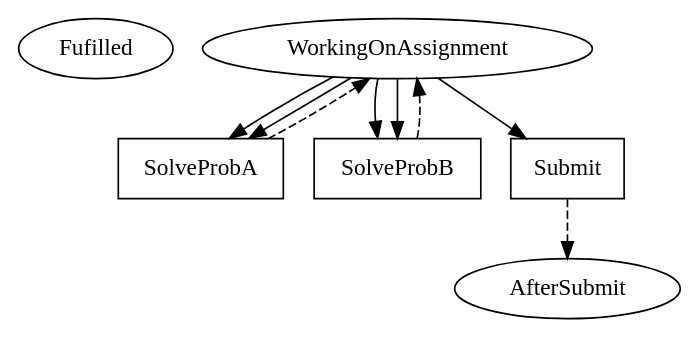
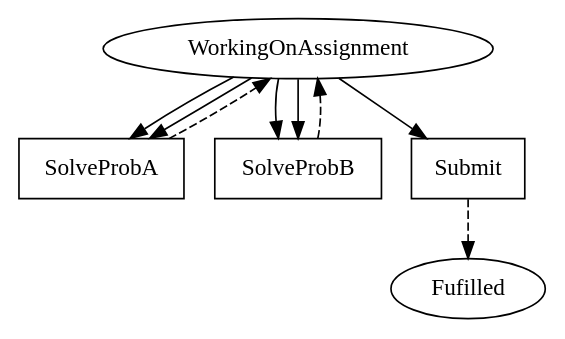
The diagram in linear_state_machine_language/pyL4/examples_graphviz_out/toy_and_teaching/partner_assignment_relievable_obligations.dot (Marcao02/complaw-deeptech), drawn with Graphviz before and after one commit. The commit also changed 37 other files, not shown here.

```diff
--- a/linear_state_machine_language/pyL4/examples_graphviz_out/toy_and_teaching/partner_assignment_relievable_obligations.dot
+++ b/linear_state_machine_language/pyL4/examples_graphviz_out/toy_and_teaching/partner_assignment_relievable_obligations.dot
@@ -1,26 +1,26 @@
 // THIS IS A GENERATED FILE. DO NOT EDIT.
 
 digraph partner_assignment_demonstrating_relievable_obligations {    
     Fulfilled[label=Fufilled];
     WorkingOnAssignment[label=WorkingOnAssignment]
     
      
     SolveProbA[label=SolveProbA,shape=box];
 	SolveProbB[label=SolveProbB,shape=box];
 	Submit[label=Submit,shape=box]    
     
     
     
     WorkingOnAssignment -> SolveProbA;
 	WorkingOnAssignment -> SolveProbB;
 	WorkingOnAssignment -> Submit;
 	WorkingOnAssignment -> SolveProbB;
 	WorkingOnAssignment -> SolveProbA
     
     SolveProbA -> WorkingOnAssignment [style=dashed];
 	SolveProbB -> WorkingOnAssignment [style=dashed];
-	Submit -> AfterSubmit [style=dashed];
+	Submit -> Fulfilled [style=dashed];
 	     
     
        
 }
```
